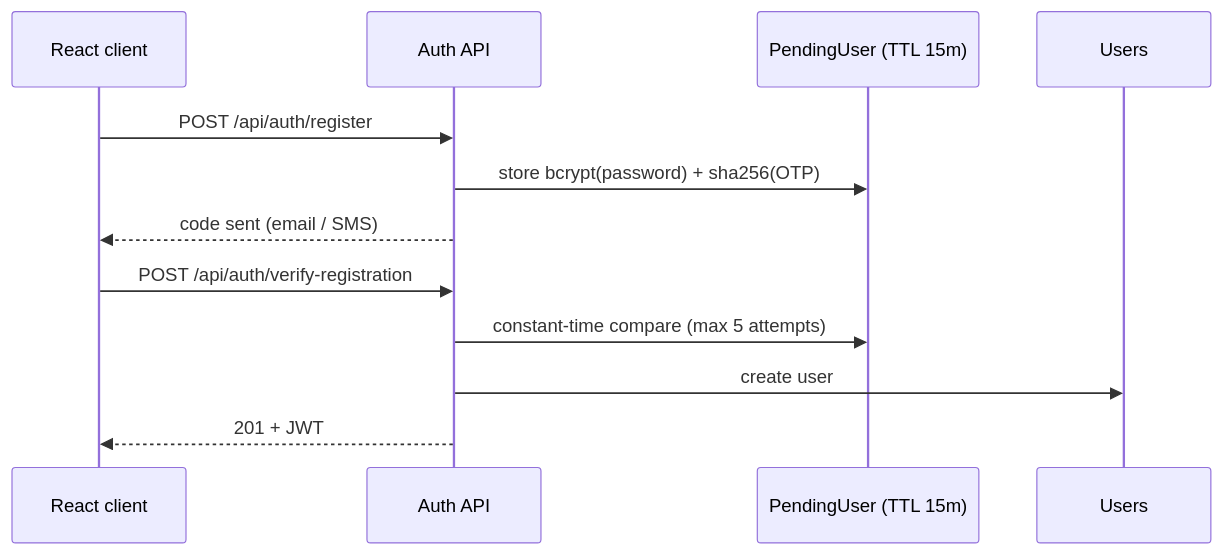
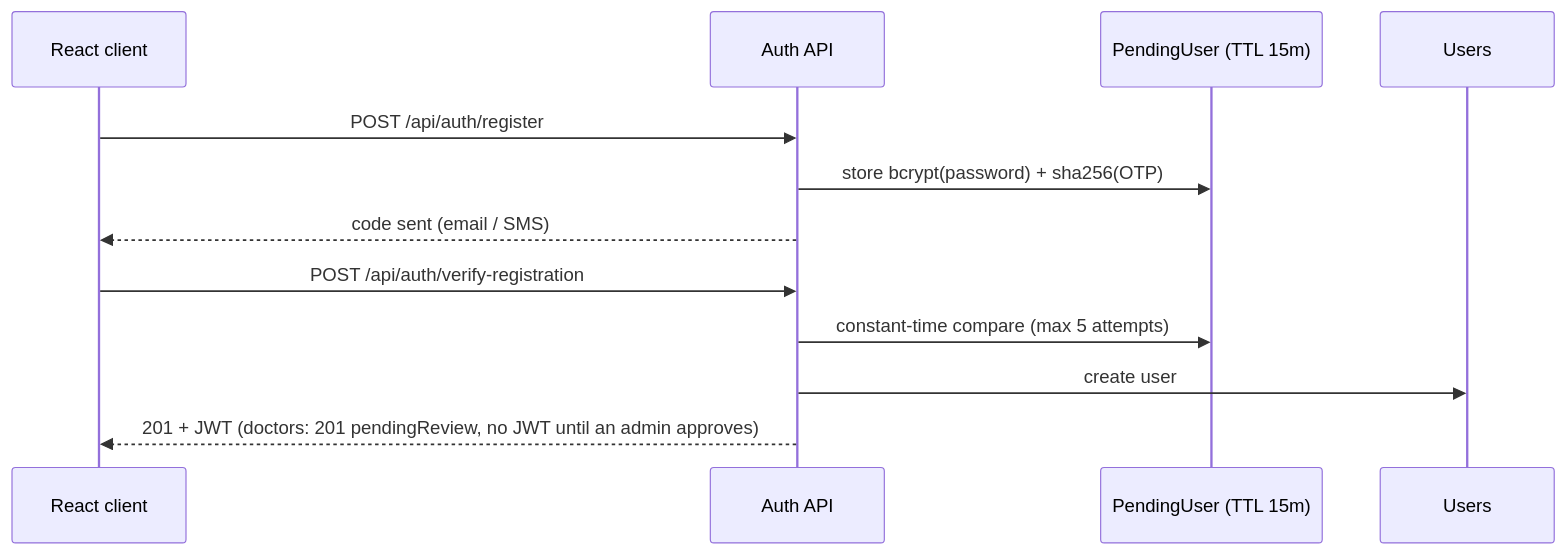
Before and after one commit to AhsanFayyaz13/MedEasy: the second of 2 diagrams in README.md, drawn with Mermaid. The commit also changed other lines of this file, not shown here.

````diff
--- a/README.md
+++ b/README.md
@@ -249,14 +259,14 @@
 ```mermaid
 sequenceDiagram
     participant C as React client
     participant A as Auth API
     participant P as PendingUser (TTL 15m)
     participant U as Users
     C->>A: POST /api/auth/register
     A->>P: store bcrypt(password) + sha256(OTP)
     A-->>C: code sent (email / SMS)
     C->>A: POST /api/auth/verify-registration
     A->>P: constant-time compare (max 5 attempts)
     A->>U: create user
-    A-->>C: 201 + JWT
+    A-->>C: 201 + JWT (doctors: 201 pendingReview, no JWT until an admin approves)
 ```
````
